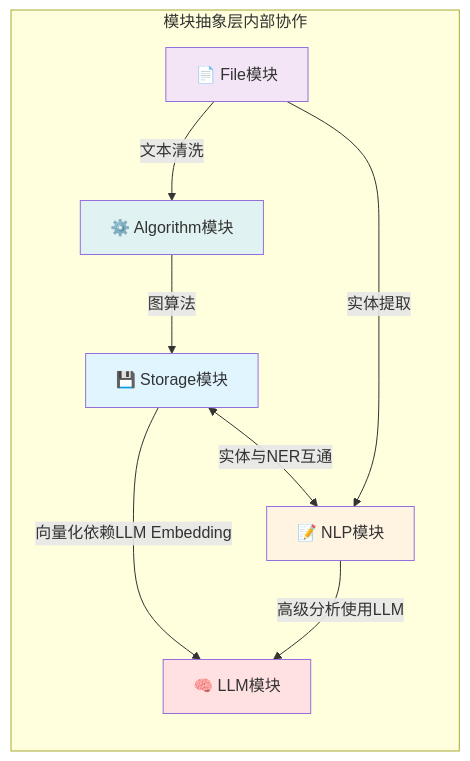
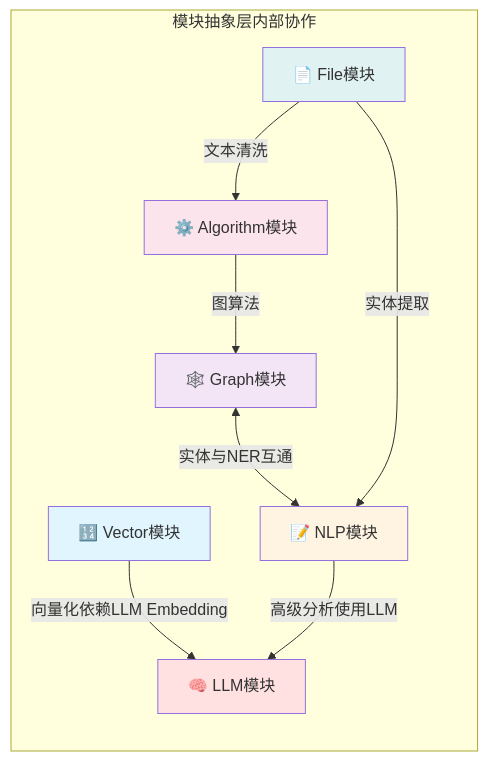
Before and after one commit to kailiangenn/another-me: the fourth of 13 diagrams in ame-doc/architecture.md, drawn with Mermaid. The commit also changed other lines of this file and 2 other files, not shown here.

````diff
--- a/ame-doc/architecture.md
+++ b/ame-doc/architecture.md
@@ -477,26 +520,28 @@
 ```mermaid
 graph LR
     subgraph ModuleLayer["模块抽象层内部协作"]
         direction TB
         
         LLM["🧠 LLM模块"]
-        Storage["💾 Storage模块"]
+        Vector["🔢 Vector模块"]
+        Graph["🕸️ Graph模块"]
         NLP["📝 NLP模块"]
         File["📄 File模块"]
         Algorithm["⚙️ Algorithm模块"]
         
         %% 协作关系
-        Storage -->|向量化依赖LLM Embedding| LLM
+        Vector -->|向量化依赖LLM Embedding| LLM
         NLP -->|高级分析使用LLM| LLM
-        Storage <-->|实体与NER互通| NLP
+        Graph <-->|实体与NER互通| NLP
         File -->|文本清洗| Algorithm
         File -->|实体提取| NLP
-        Algorithm -->|图算法| Storage
+        Algorithm -->|图算法| Graph
     end
 
     style LLM fill:#ffe1e1
-    style Storage fill:#e1f5ff
+    style Vector fill:#e1f5ff
+    style Graph fill:#f3e5f5
     style NLP fill:#fff4e1
-    style File fill:#f3e5f5
-    style Algorithm fill:#e0f2f1
+    style File fill:#e0f2f1
+    style Algorithm fill:#fce4ec
 ```
````
